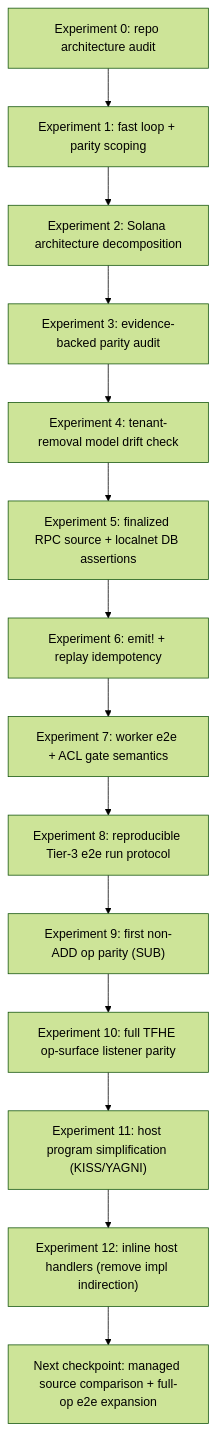
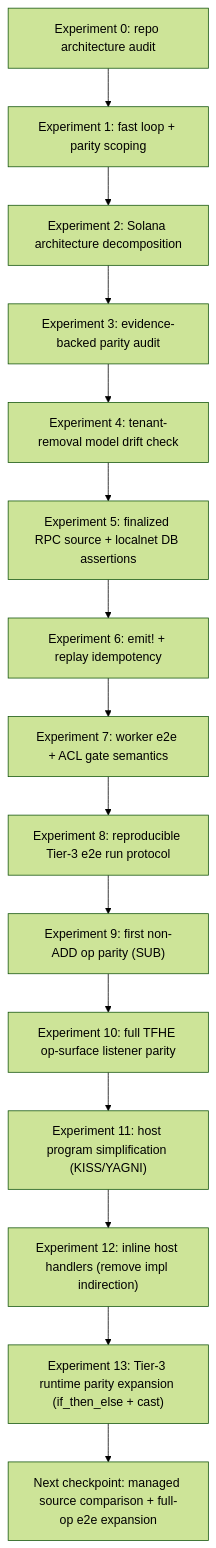
One commit to zama-ai/fhevm changed the diagram in docs/protocol/explorations/solana-host-listener/LEARNING.md. Above: the diagram before and after it, drawn with Mermaid (forest theme). The commit also changed other lines of this file and 4 other files, not shown here.

Commit message:
solana e2e: add if_then_else and cast runtime parity tests

````diff
--- a/docs/protocol/explorations/solana-host-listener/LEARNING.md
+++ b/docs/protocol/explorations/solana-host-listener/LEARNING.md
@@ -16,16 +16,17 @@
 ```mermaid
 flowchart TD
   E0["Experiment 0: repo architecture audit"] --> E1["Experiment 1: fast loop + parity scoping"]
   E1 --> E2["Experiment 2: Solana architecture decomposition"]
   E2 --> E3["Experiment 3: evidence-backed parity audit"]
   E3 --> E4["Experiment 4: tenant-removal model drift check"]
   E4 --> E5["Experiment 5: finalized RPC source + localnet DB assertions"]
   E5 --> E6["Experiment 6: emit! + replay idempotency"]
   E6 --> E7["Experiment 7: worker e2e + ACL gate semantics"]
   E7 --> E8["Experiment 8: reproducible Tier-3 e2e run protocol"]
   E8 --> E9["Experiment 9: first non-ADD op parity (SUB)"]
   E9 --> E10["Experiment 10: full TFHE op-surface listener parity"]
   E10 --> E11["Experiment 11: host program simplification (KISS/YAGNI)"]
   E11 --> E12["Experiment 12: inline host handlers (remove impl indirection)"]
-  E12 --> NX["Next checkpoint: managed source comparison + full-op e2e expansion"]
+  E12 --> E13["Experiment 13: Tier-3 runtime parity expansion (if_then_else + cast)"]
+  E13 --> NX["Next checkpoint: managed source comparison + full-op e2e expansion"]
 ```
````
